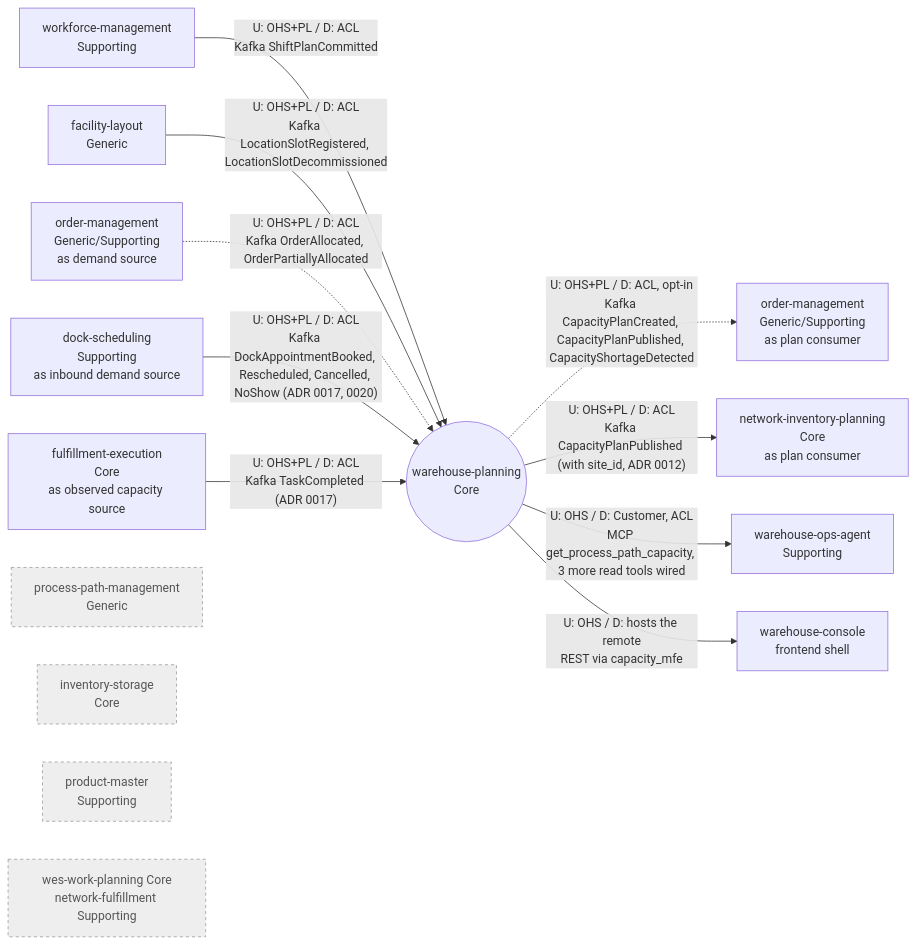
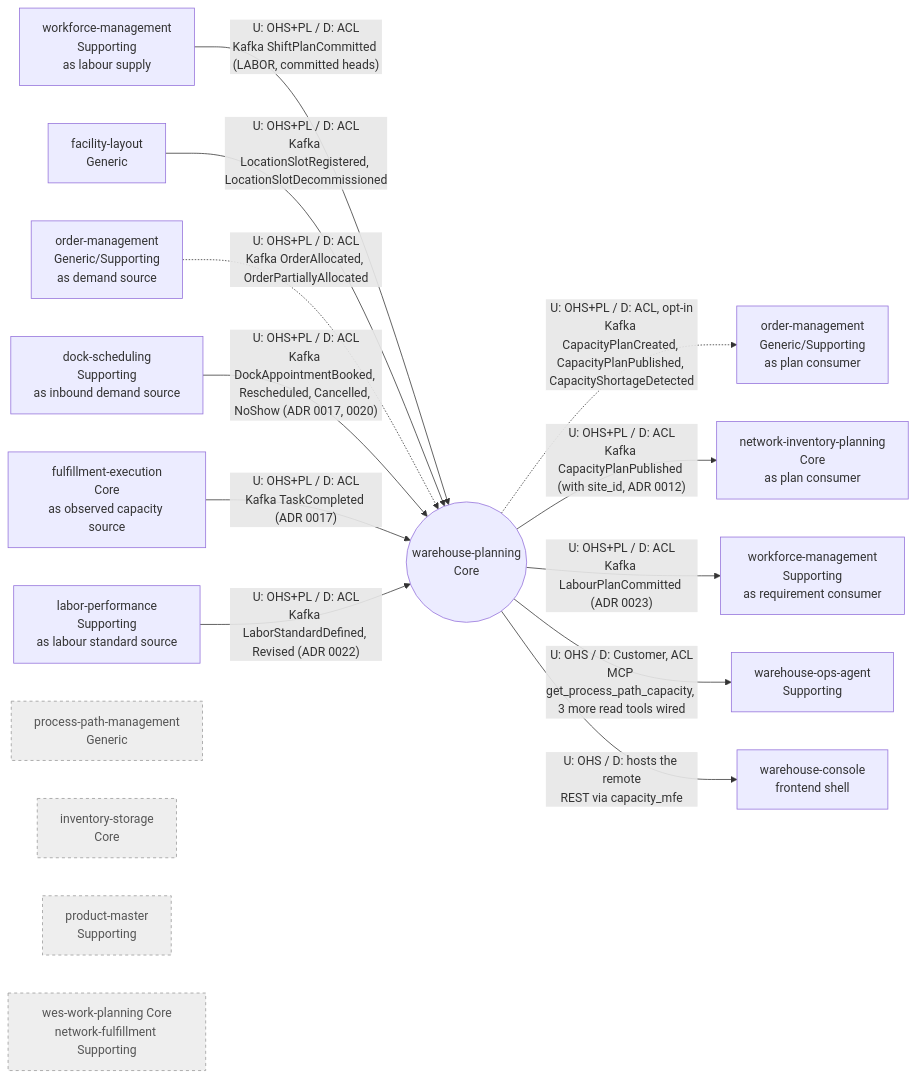
Before and after one commit to IQVO/warehouse-docs: the diagram in docs/contexts/warehouse-planning/context-map.md, drawn with Mermaid. The commit also changed other lines of this file and 81 other files, not shown here.

````diff
--- a/docs/contexts/warehouse-planning/context-map.md
+++ b/docs/contexts/warehouse-planning/context-map.md
@@ -20,35 +21,39 @@
 ```mermaid
 flowchart LR
   WP(("warehouse-planning<br/>Core"))
 
-  WFM["workforce-management<br/>Supporting"]
+  WFM["workforce-management<br/>Supporting<br/>as labour supply"]
+  WFMD["workforce-management<br/>Supporting<br/>as requirement consumer"]
   FL["facility-layout<br/>Generic"]
   OMU["order-management<br/>Generic/Supporting<br/>as demand source"]
   OMD["order-management<br/>Generic/Supporting<br/>as plan consumer"]
   DSC["dock-scheduling<br/>Supporting<br/>as inbound demand source"]
   FEX["fulfillment-execution<br/>Core<br/>as observed capacity source"]
+  LPF["labor-performance<br/>Supporting<br/>as labour standard source"]
   OPS["warehouse-ops-agent<br/>Supporting"]
   CON["warehouse-console<br/>frontend shell"]
   PPM["process-path-management<br/>Generic"]
   INV["inventory-storage<br/>Core"]
   PM["product-master<br/>Supporting"]
   NIP["network-inventory-planning<br/>Core<br/>as plan consumer"]
   LATER["wes-work-planning Core<br/>network-fulfillment Supporting"]
 
-  WFM -- "U: OHS+PL / D: ACL<br/>Kafka ShiftPlanCommitted" --> WP
+  WFM -- "U: OHS+PL / D: ACL<br/>Kafka ShiftPlanCommitted (LABOR, committed heads)" --> WP
   FL -- "U: OHS+PL / D: ACL<br/>Kafka LocationSlotRegistered, LocationSlotDecommissioned" --> WP
   OMU -. "U: OHS+PL / D: ACL<br/>Kafka OrderAllocated, OrderPartiallyAllocated" .-> WP
   DSC -- "U: OHS+PL / D: ACL<br/>Kafka DockAppointmentBooked, Rescheduled, Cancelled, NoShow (ADR 0017, 0020)" --> WP
   FEX -- "U: OHS+PL / D: ACL<br/>Kafka TaskCompleted (ADR 0017)" --> WP
+  LPF -- "U: OHS+PL / D: ACL<br/>Kafka LaborStandardDefined, Revised (ADR 0022)" --> WP
   WP -. "U: OHS+PL / D: ACL, opt-in<br/>Kafka CapacityPlanCreated, CapacityPlanPublished, CapacityShortageDetected" .-> OMD
   WP -- "U: OHS+PL / D: ACL<br/>Kafka CapacityPlanPublished (with site_id, ADR 0012)" --> NIP
+  WP -- "U: OHS+PL / D: ACL<br/>Kafka LabourPlanCommitted (ADR 0023)" --> WFMD
   WP -- "U: OHS / D: Customer, ACL<br/>MCP get_process_path_capacity, 3 more read tools wired" --> OPS
   WP -- "U: OHS / D: hosts the remote<br/>REST via capacity_mfe" --> CON
   PPM ~~~ WP
   INV ~~~ WP
   PM ~~~ WP
   LATER ~~~ WP
 
   classDef absent fill:#eeeeee,stroke:#999999,color:#555555,stroke-dasharray: 4 4
   class PPM,INV,PM,LATER absent
 ```
````
